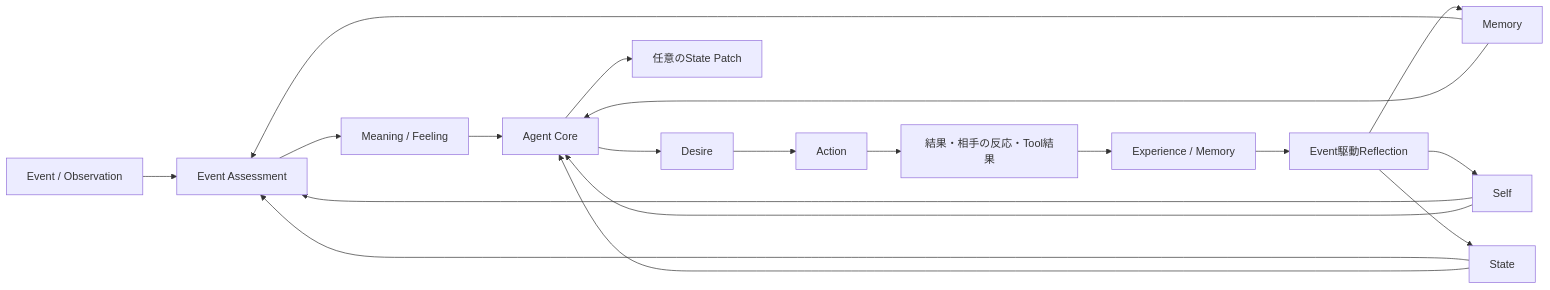
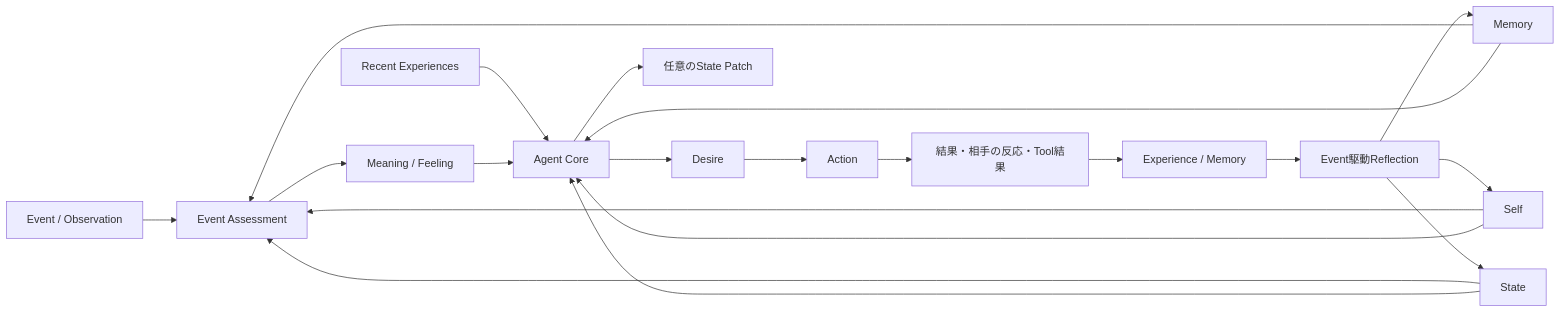
Before and after one commit to if001/social_agent: the first of 6 diagrams in docs/D3/AGENT_MOTIVATION_MODEL.md, drawn with Mermaid. The commit also changed other lines of this file, not shown here.

````diff
--- a/docs/D3/AGENT_MOTIVATION_MODEL.md
+++ b/docs/D3/AGENT_MOTIVATION_MODEL.md
@@ -7,21 +7,22 @@
 ```mermaid
 flowchart LR
     E[Event / Observation] --> A[Event Assessment]
     S[Self] --> A
     ST[State] --> A
     M[Memory] --> A
+    RX[Recent Experiences] --> C
     A --> MF[Meaning / Feeling]
     MF --> C[Agent Core]
     S --> C
     ST --> C
     M --> C
     C --> D[Desire]
     D --> X[Action]
     C --> P[任意のState Patch]
     X --> R[結果・相手の反応・Tool結果]
     R --> EX[Experience / Memory]
     EX --> RF[Event駆動Reflection]
     RF --> M
     RF --> S
     RF --> ST
 ```
````
